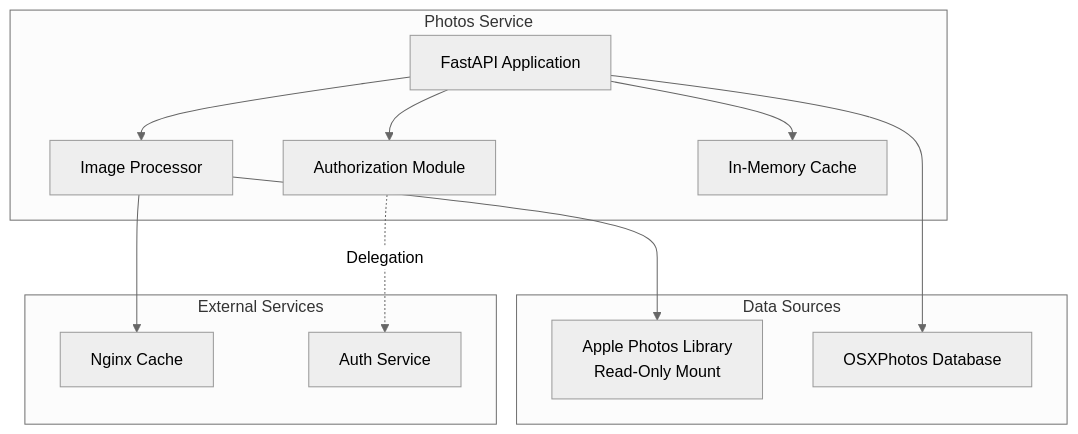
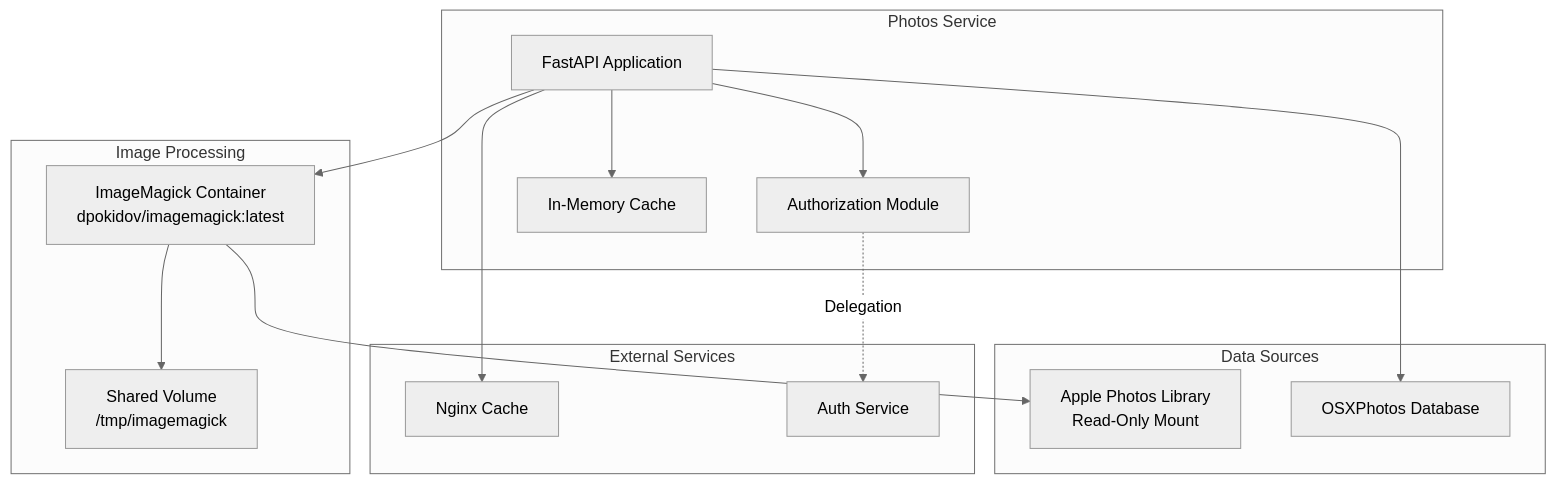
One commit to iot49/photo-web changed the first of 4 diagrams in docs/services/photos.md. Above: the diagram before and after it, drawn with Mermaid (neutral theme). The commit also changed other lines of this file and 4 other files, not shown here.

````diff
--- a/docs/services/photos.md
+++ b/docs/services/photos.md
@@ -14,28 +15,33 @@
 ```mermaid
 graph TB
     subgraph "Photos Service"
         API[FastAPI Application]
-        PROC[Image Processor]
         AUTH[Authorization Module]
         CACHE[In-Memory Cache]
+    end
+    
+    subgraph "Image Processing"
+        IMAGEMAGICK[ImageMagick Container<br/>dpokidov/imagemagick:latest]
+        SHARED[Shared Volume<br/>/tmp/imagemagick]
     end
     
     subgraph "Data Sources"
         APPLE[Apple Photos Library<br/>Read-Only Mount]
         OSX[OSXPhotos Database]
     end
     
     subgraph "External Services"
         NGINX[Nginx Cache]
         AUTHSVC[Auth Service]
     end
     
-    API --> PROC
+    API --> IMAGEMAGICK
     API --> AUTH
     API --> CACHE
-    PROC --> APPLE
+    IMAGEMAGICK --> SHARED
+    IMAGEMAGICK --> APPLE
     API --> OSX
     
     AUTH -.->|Delegation| AUTHSVC
-    PROC --> NGINX
+    API --> NGINX
 ```
````
